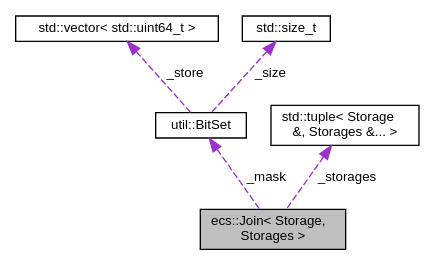
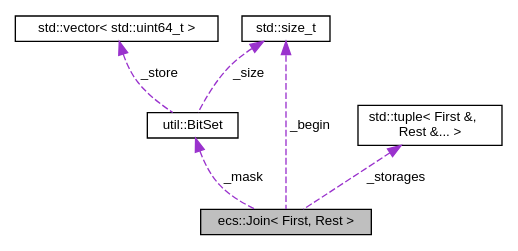
Before and after one commit to MisterPeModder/Bomberman-Global-Offensive: the diagram in classecs_1_1_join__coll__graph.dot, drawn with Graphviz. The commit also changed 449 other files, not shown here.

Commit message:
Deploying to gh-pages from @ MisterPeModder/Bomberman-Global-Offensive@5e1773ba3209668a64f4dbe43ef6e305133423ab 🚀

```diff
--- a/classecs_1_1_join__coll__graph.dot
+++ b/classecs_1_1_join__coll__graph.dot
@@ -1,15 +1,16 @@
-digraph "ecs::Join&lt; Storage, Storages &gt;"
+digraph "ecs::Join&lt; First, Rest &gt;"
 {
  // LATEX_PDF_SIZE
   edge [fontname="Helvetica",fontsize="10",labelfontname="Helvetica",labelfontsize="10"];
   node [fontname="Helvetica",fontsize="10",shape=record];
-  Node1 [label="ecs::Join\< Storage,\l Storages \>",height=0.2,width=0.4,color="black", fillcolor="grey75", style="filled", fontcolor="black",tooltip=" "];
+  Node1 [label="ecs::Join\< First, Rest \>",height=0.2,width=0.4,color="black", fillcolor="grey75", style="filled", fontcolor="black",tooltip="Container of joined values."];
   Node2 -> Node1 [dir="back",color="darkorchid3",fontsize="10",style="dashed",label=" _mask" ,fontname="Helvetica"];
   Node2 [label="util::BitSet",height=0.2,width=0.4,color="black", fillcolor="white", style="filled",URL="$classutil_1_1_bit_set.html",tooltip="Mimics the API of std::bitset but with the dynamic properties of std::vector<bool>"];
   Node3 -> Node2 [dir="back",color="darkorchid3",fontsize="10",style="dashed",label=" _store" ,fontname="Helvetica"];
   Node3 [label="std::vector\< std::uint64_t \>",height=0.2,width=0.4,color="black", fillcolor="white", style="filled",URL="/home/runner/work/Bomberman-Global-Offensive/Bomberman-Global-Offensive/doc/external/cppreference-doxygen-web.tag.xml$cpp/container/vector.html",tooltip=" "];
   Node4 -> Node2 [dir="back",color="darkorchid3",fontsize="10",style="dashed",label=" _size" ,fontname="Helvetica"];
   Node4 [label="std::size_t",height=0.2,width=0.4,color="black", fillcolor="white", style="filled",URL="/home/runner/work/Bomberman-Global-Offensive/Bomberman-Global-Offensive/doc/external/cppreference-doxygen-web.tag.xml$cpp/types/size_t.html",tooltip=" "];
   Node5 -> Node1 [dir="back",color="darkorchid3",fontsize="10",style="dashed",label=" _storages" ,fontname="Helvetica"];
-  Node5 [label="std::tuple\< Storage\l &, Storages &... \>",height=0.2,width=0.4,color="black", fillcolor="white", style="filled",URL="/home/runner/work/Bomberman-Global-Offensive/Bomberman-Global-Offensive/doc/external/cppreference-doxygen-web.tag.xml$cpp/utility/tuple.html",tooltip=" "];
+  Node5 [label="std::tuple\< First &,\l Rest &... \>",height=0.2,width=0.4,color="black", fillcolor="white", style="filled",URL="/home/runner/work/Bomberman-Global-Offensive/Bomberman-Global-Offensive/doc/external/cppreference-doxygen-web.tag.xml$cpp/utility/tuple.html",tooltip=" "];
+  Node4 -> Node1 [dir="back",color="darkorchid3",fontsize="10",style="dashed",label=" _begin" ,fontname="Helvetica"];
 }
```
